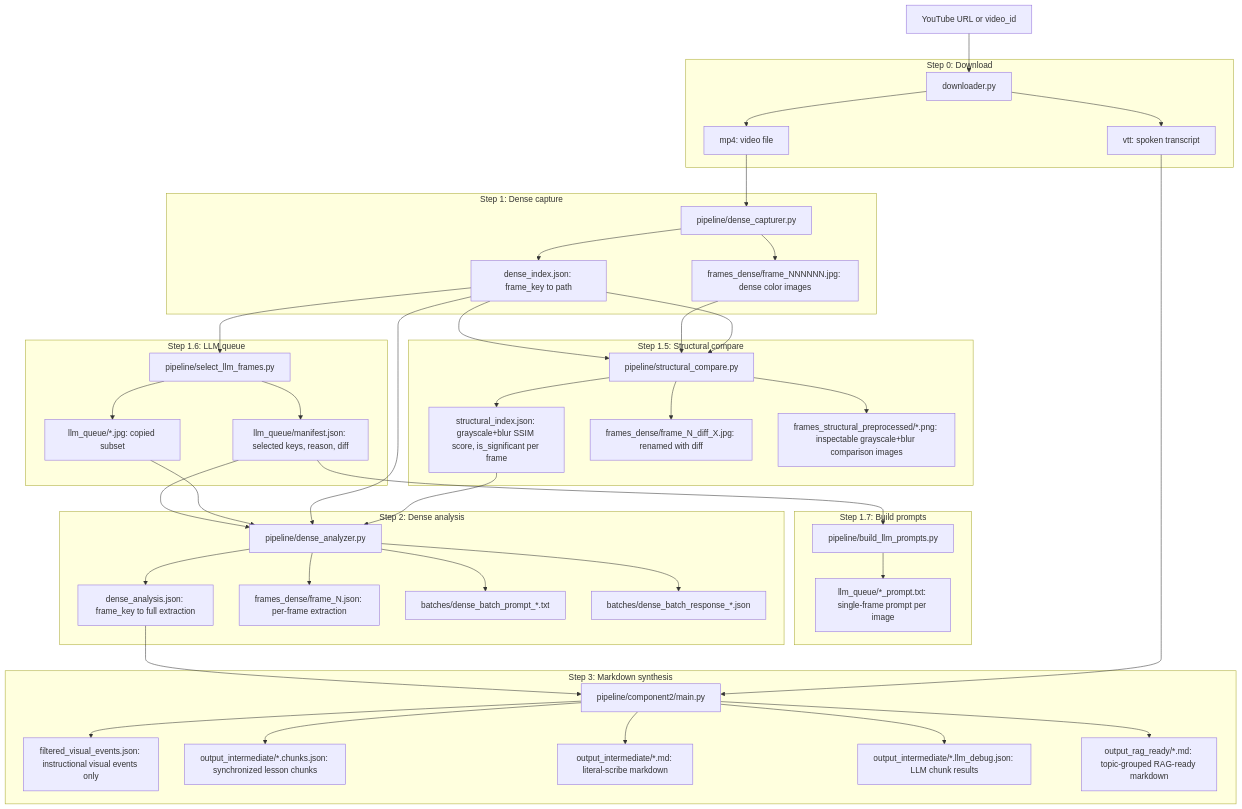
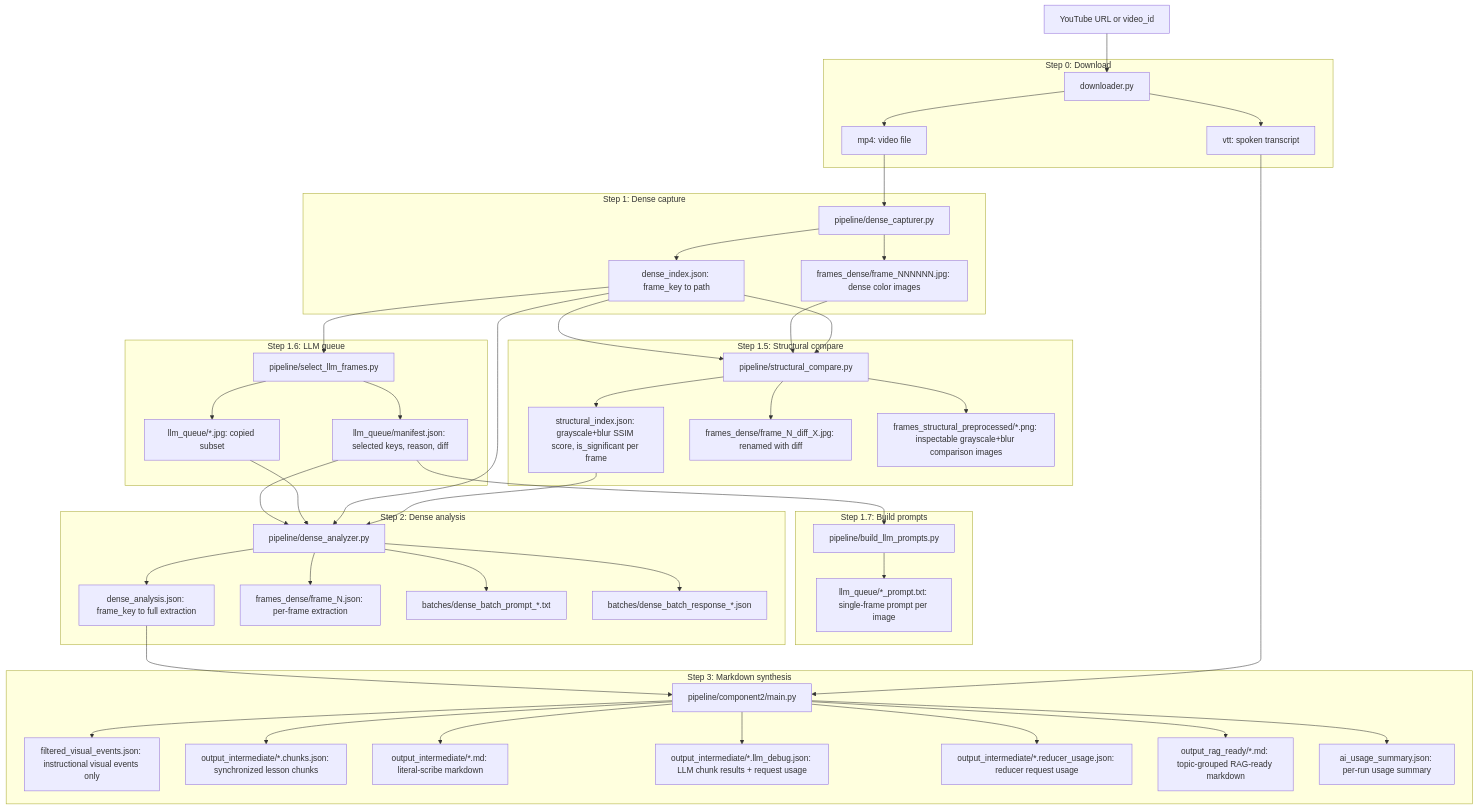
Before and after one commit to PirogovClub/tim-class-pass: the diagram in docs/pipeline.md, drawn with Mermaid. The commit also changed other lines of this file and 37 other files, not shown here.

````diff
--- a/docs/pipeline.md
+++ b/docs/pipeline.md
@@ -125,12 +125,16 @@
     F_filtered["filtered_visual_events.json: instructional visual events only"]
     F_chunks["output_intermediate/*.chunks.json: synchronized lesson chunks"]
     F_intermediate["output_intermediate/*.md: literal-scribe markdown"]
-    F_llm_debug["output_intermediate/*.llm_debug.json: LLM chunk results"]
+    F_llm_debug["output_intermediate/*.llm_debug.json: LLM chunk results + request usage"]
+    F_reducer_usage["output_intermediate/*.reducer_usage.json: reducer request usage"]
     F_rag["output_rag_ready/*.md: topic-grouped RAG-ready markdown"]
+    F_usage_summary["ai_usage_summary.json: per-run usage summary"]
     Step3 --> F_filtered
     Step3 --> F_chunks
     Step3 --> F_intermediate
     Step3 --> F_llm_debug
+    Step3 --> F_reducer_usage
     Step3 --> F_rag
+    Step3 --> F_usage_summary
   end
 ```
````
